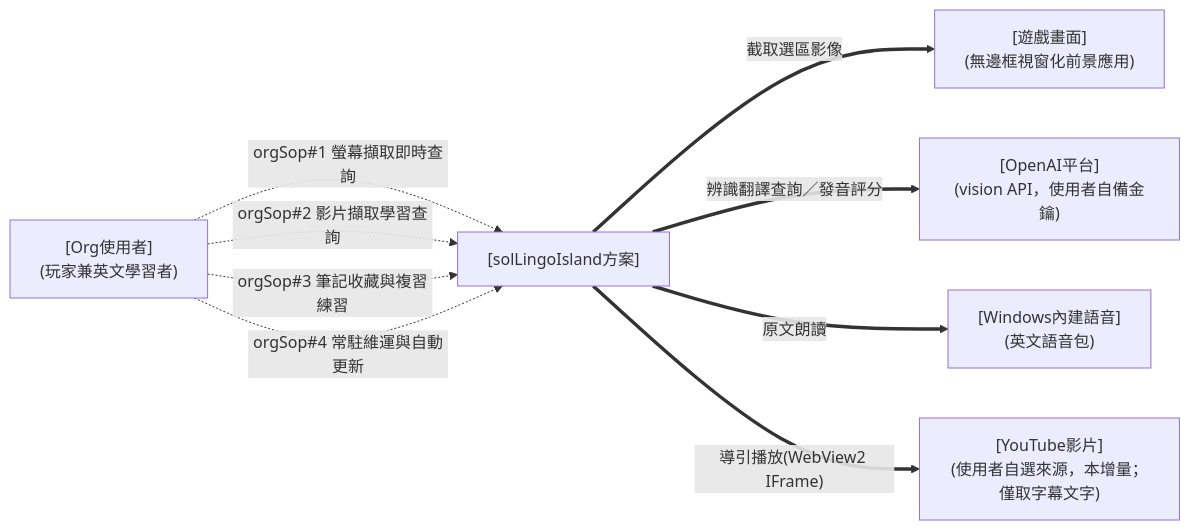
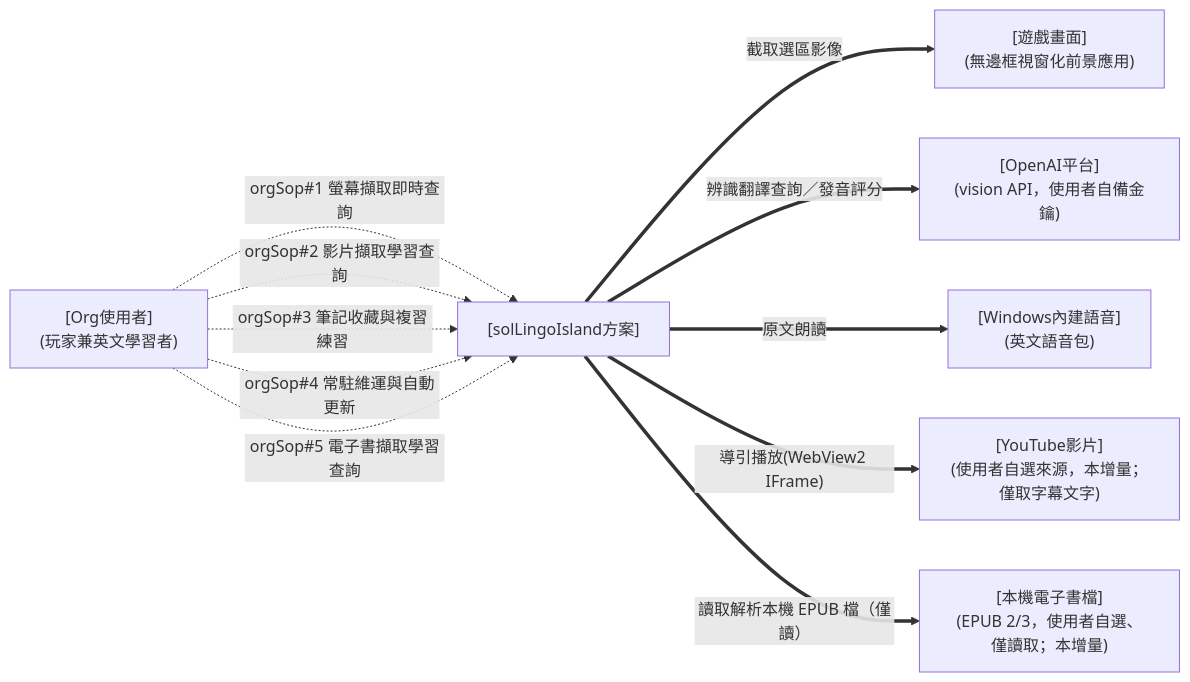
Before and after one commit to twStellerWhale-Ocean2/solScreenEnglishTrans1: the first of 6 diagrams in docs/design.md, drawn with Mermaid. The commit also changed other lines of this file and 2 other files, not shown here.

First line of the commit message:
docs(ebook): 電子書增量1 設計——design.md 研改＋README 意圖稿＋書櫃示意圖

````diff
--- a/docs/design.md
+++ b/docs/design.md
@@ -31,19 +32,22 @@
 ```mermaid
 flowchart LR
 
 USR["[Org使用者]<br/>(玩家兼英文學習者)"]
 GAME["[遊戲畫面]<br/>(無邊框視窗化前景應用)"]
 SOL["[solLingoIsland方案]"]
 OPENAI["[OpenAI平台]<br/>(vision API，使用者自備金鑰)"]
 SPEECH["[Windows內建語音]<br/>(英文語音包)"]
 YT["[YouTube影片]<br/>(使用者自選來源，本增量；僅取字幕文字)"]
+EBOOK["[本機電子書檔]<br/>(EPUB 2/3，使用者自選、僅讀取；本增量)"]
 
 USR -.->|"orgSop#1 螢幕擷取即時查詢"| SOL
 USR -.->|"orgSop#2 影片擷取學習查詢"| SOL
 USR -.->|"orgSop#3 筆記收藏與複習練習"| SOL
 USR -.->|"orgSop#4 常駐維運與自動更新"| SOL
+USR -.->|"orgSop#5 電子書擷取學習查詢"| SOL
 SOL ==>|"截取選區影像"| GAME
 SOL ==>|"辨識翻譯查詢／發音評分"| OPENAI
 SOL ==>|"原文朗讀"| SPEECH
 SOL ==>|"導引播放(WebView2 IFrame)"| YT
+SOL ==>|"讀取解析本機 EPUB 檔（僅讀）"| EBOOK
 ```
````
